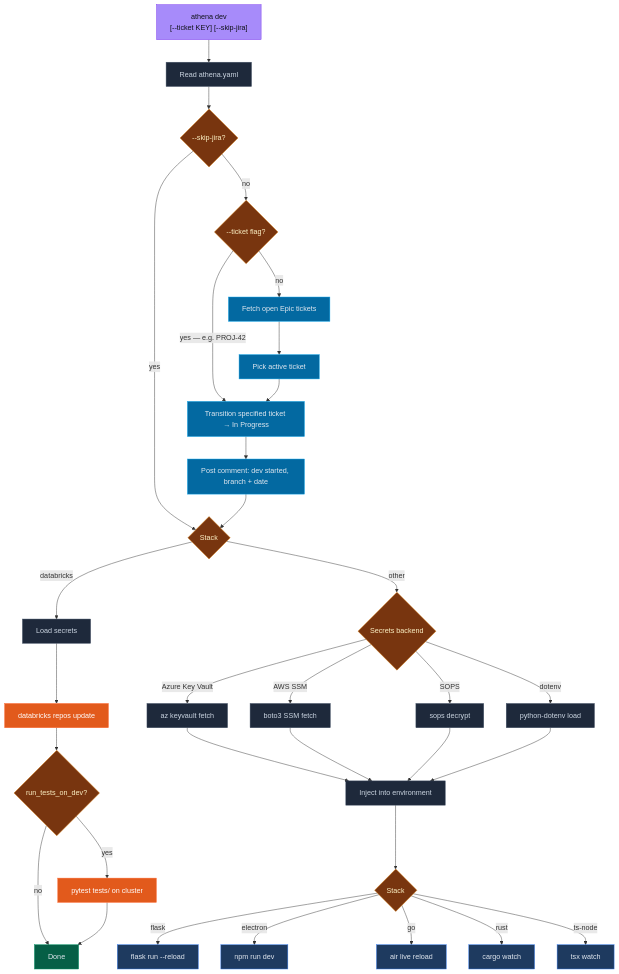
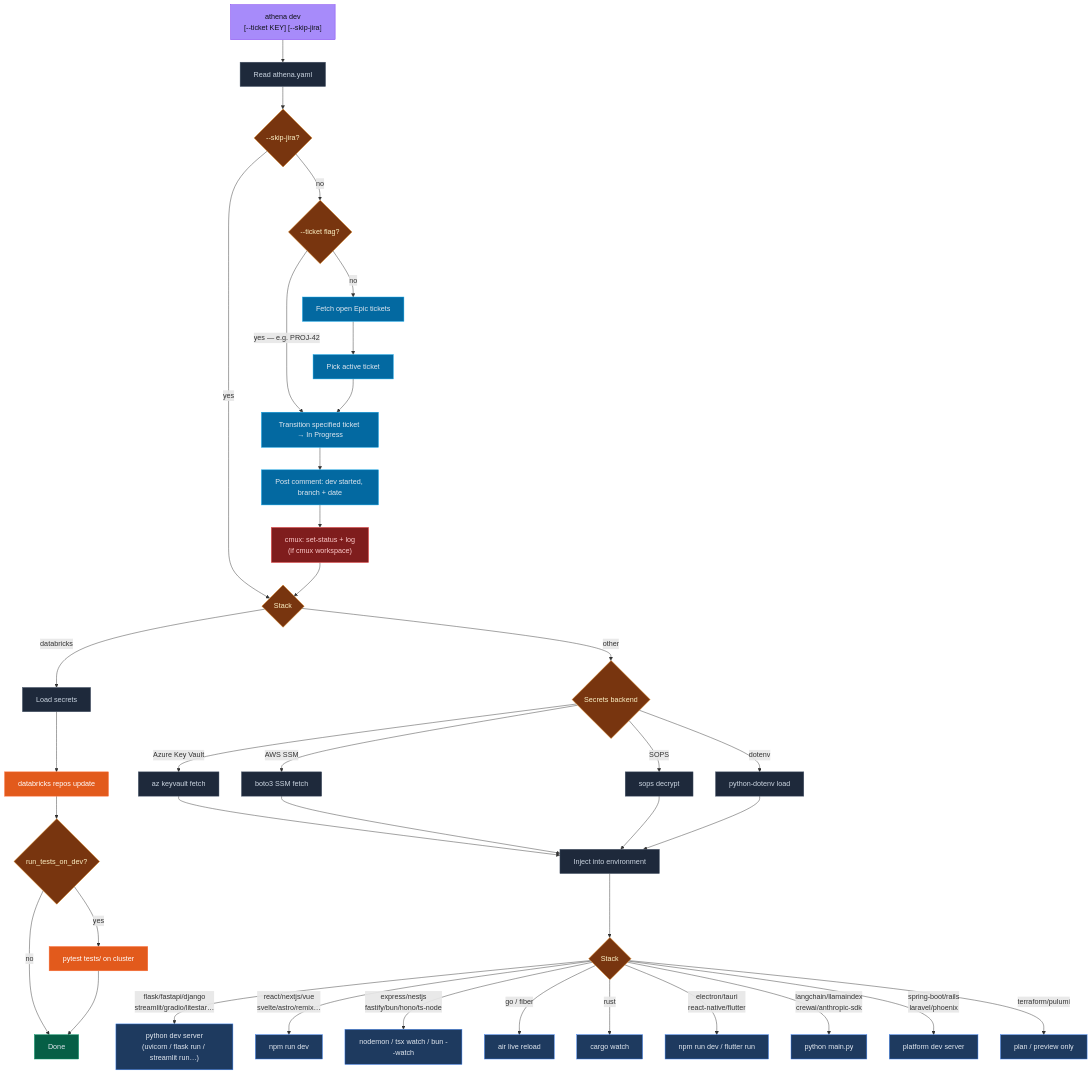
Before and after one commit to erosrage/Athena: the fourth of 8 diagrams in README.md, drawn with Mermaid. The commit also changed other lines of this file, not shown here.

First line of the commit message:
docs: update Mermaid diagrams for agent, skills, settings, cmux, expanded stacks

````diff
--- a/README.md
+++ b/README.md
@@ -125,40 +134,46 @@
 ```mermaid
 flowchart TD
     A["athena dev\n[--ticket KEY] [--skip-jira]"]:::entry
     A --> B["Read athena.yaml"]:::action
     B --> SJ{"--skip-jira?"}:::decision
     SJ -->|"yes"| ST
     SJ -->|"no"| TK{"--ticket flag?"}:::decision
     TK -->|"yes — e.g. PROJ-42"| JI["Transition specified ticket → In Progress"]:::jira
     TK -->|"no"| JT["Fetch open Epic tickets"]:::jira
     JT --> JP["Pick active ticket"]:::jira
     JP --> JI
     JI --> JIC["Post comment: dev started, branch + date"]:::jira
-    JIC --> ST{"Stack"}:::decision
+    JIC --> CMUX["cmux: set-status + log\n(if cmux workspace)"]:::cmux
+    CMUX --> ST{"Stack"}:::decision
     ST -->|"databricks"| SEC2["Load secrets"]:::action
     SEC2 --> DB["databricks repos update"]:::dbx
     DB --> DBT{"run_tests_on_dev?"}:::decision
     DBT -->|"yes"| DBR["pytest tests/ on cluster"]:::dbx
     DBT -->|"no"| DBD["Done"]:::done
     DBR --> DBD
     ST -->|"other"| C{"Secrets backend"}:::decision
     C -->|"Azure Key Vault"| D1["az keyvault fetch"]:::action
     C -->|"AWS SSM"| D2["boto3 SSM fetch"]:::action
     C -->|"SOPS"| D3["sops decrypt"]:::action
     C -->|"dotenv"| D4["python-dotenv load"]:::action
     D1 & D2 & D3 & D4 --> E["Inject into environment"]:::action
     E --> F{"Stack"}:::decision
-    F -->|"flask"| G1["flask run --reload"]:::run
-    F -->|"electron"| G2["npm run dev"]:::run
-    F -->|"go"| G3["air live reload"]:::run
-    F -->|"rust"| G4["cargo watch"]:::run
-    F -->|"ts-node"| G5["tsx watch"]:::run
+    F -->|"flask/fastapi/django\nstreamlit/gradio/litestar…"| G1["python dev server\n(uvicorn / flask run / streamlit run…)"]:::run
+    F -->|"react/nextjs/vue\nsvelte/astro/remix…"| G2["npm run dev"]:::run
+    F -->|"express/nestjs\nfastify/bun/hono/ts-node"| G3["nodemon / tsx watch / bun --watch"]:::run
+    F -->|"go / fiber"| G4["air live reload"]:::run
+    F -->|"rust"| G5["cargo watch"]:::run
+    F -->|"electron/tauri\nreact-native/flutter"| G6["npm run dev / flutter run"]:::run
+    F -->|"langchain/llamaindex\ncrewai/anthropic-sdk"| G7["python main.py"]:::run
+    F -->|"spring-boot/rails\nlaravel/phoenix"| G8["platform dev server"]:::run
+    F -->|"terraform/pulumi"| G9["plan / preview only"]:::run
     classDef entry fill:#a78bfa,stroke:#7c3aed,color:#0f1117
     classDef prompt fill:#0f4c75,stroke:#1b6ca8,color:#e2e8f0
     classDef action fill:#1e293b,stroke:#475569,color:#cbd5e1
     classDef decision fill:#78350f,stroke:#d97706,color:#fef3c7
     classDef run fill:#1e3a5f,stroke:#3b82f6,color:#e2e8f0
     classDef dbx fill:#e25a1c,stroke:#ff6b35,color:#fff
     classDef done fill:#065f46,stroke:#059669,color:#e2e8f0
     classDef jira fill:#0369a1,stroke:#0ea5e9,color:#e2e8f0
+    classDef cmux fill:#7f1d1d,stroke:#ef4444,color:#fecaca
 ```
````
